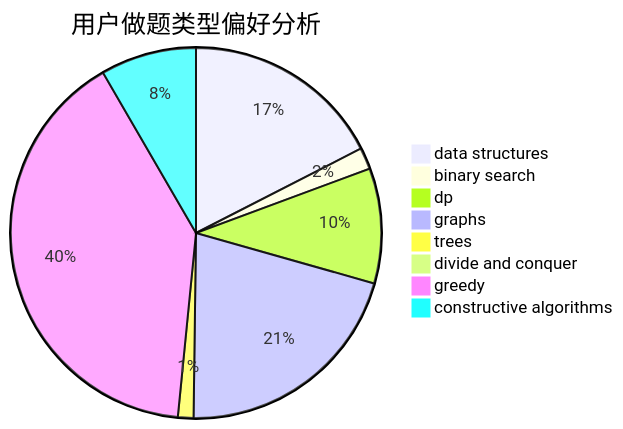
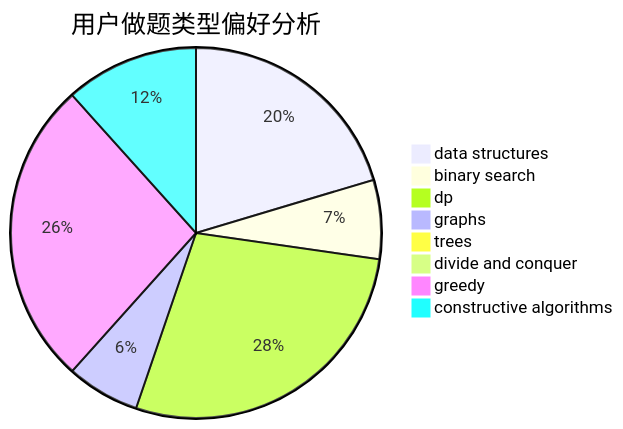
Before and after one commit to sherpahu/cfrs.github.io: the second of 3 diagrams in docs/user/u352.md, drawn with Mermaid. The commit also changed other lines of this file and 2770 other files, not shown here.

````diff
--- a/docs/user/u352.md
+++ b/docs/user/u352.md
@@ -23,11 +23,11 @@
 ```mermaid
 pie title 用户做题类型偏好分析
-    "data structures" :  167
-    "binary search" :  18
-    "dp" :  96
-    "graphs" :  199
-    "trees" :  13
-    "divide and conquer" :  0
-    "greedy" :  383
-    "constructive algorithms" :  80
+    "data structures" :  437
+    "binary search" :  148
+    "dp" :  600
+    "graphs" :  137
+    "trees" :  18
+    "divide and conquer" :  3
+    "greedy" :  573
+    "constructive algorithms" :  250
 ```
````
